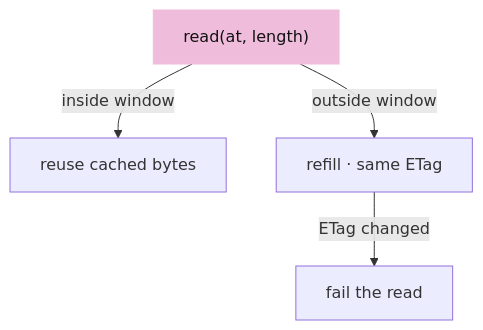
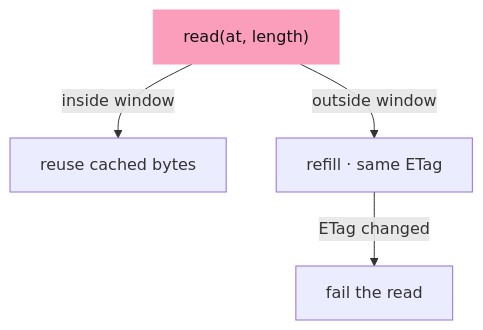
The second of 4 diagrams in session_viewer/docs/15-publication.md (petrasvestartas/session), drawn with Mermaid before and after one commit. The commit also changed other lines of this file and 328 other files, not shown here.

First line of the commit message:
Course: the palette you sent, and mermaid drawn like the drawings

````diff
--- a/session_viewer/docs/15-publication.md
+++ b/session_viewer/docs/15-publication.md
@@ -45,7 +45,7 @@
 ```mermaid
 flowchart TB
     R["read(at, length)"] -- "inside window" --> H["reuse cached bytes"]
     R -- "outside window" --> F["refill · same ETag"]
     F -- "ETag changed" --> E["fail the read"]
-    style R fill:#f0bcdb,stroke:#f0bcdb,color:#111
+    style R fill:#fa9ebc,stroke:#fa9ebc,color:#111
 ```
````
